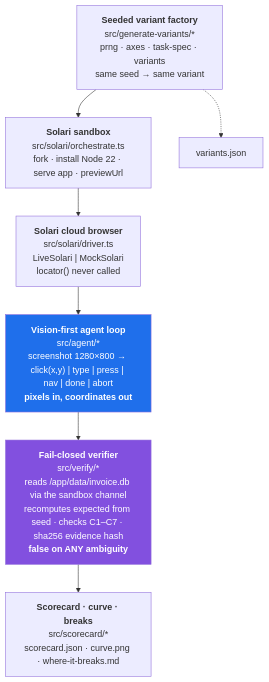
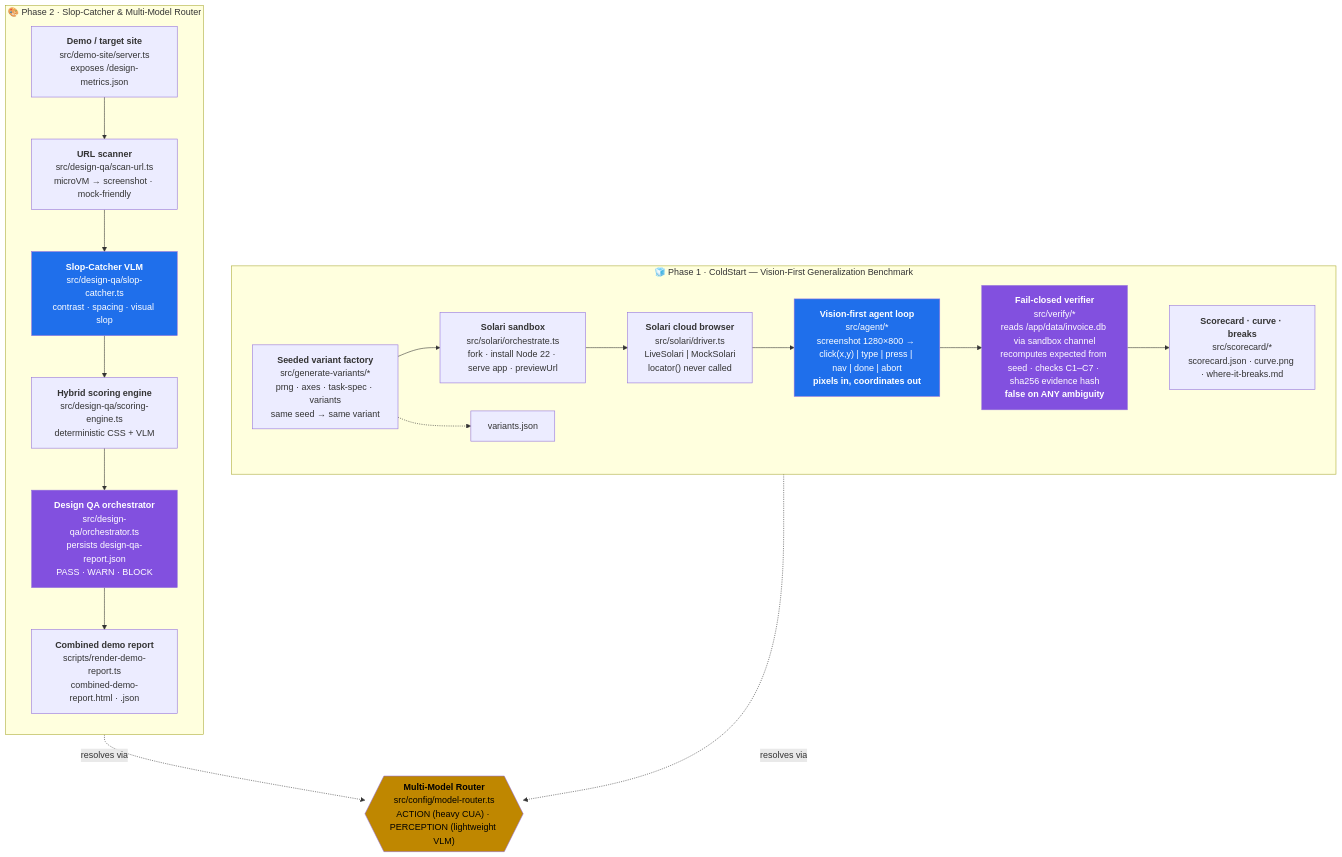
One commit to itw-code/solari-cookbook changed the diagram in README.md. Above: the diagram before and after it, drawn with Mermaid. The commit also changed other lines of this file and 2 other files, not shown here.

First paragraph of the commit message:
docs(readme): expand architecture diagram to cover Phase 2 Slop-Catcher & Multi-Model Router
The old diagram only showed the Phase 1 ColdStart pipeline
(A → B → C → D → E → F). The codebase has since grown a Phase 2
track (Slop-Catcher & Multi-Model Router) that wasn't represented
at all.

````diff
--- a/README.md
+++ b/README.md
@@ -314,16 +314,37 @@
 ```mermaid
-flowchart TD
-    A["<b>Seeded variant factory</b><br/>src/generate-variants/*<br/>prng · axes · task-spec · variants<br/>same seed → same variant"]
-    B["<b>Solari sandbox</b><br/>src/solari/orchestrate.ts<br/>fork · install Node 22 · serve app · previewUrl"]
-    C["<b>Solari cloud browser</b><br/>src/solari/driver.ts<br/>LiveSolari | MockSolari<br/>locator() never called"]
-    D["<b>Vision-first agent loop</b><br/>src/agent/*<br/>screenshot 1280×800 → click(x,y) | type | press | nav | done | abort<br/><b>pixels in, coordinates out</b>"]
-    E["<b>Fail-closed verifier</b><br/>src/verify/*<br/>reads /app/data/invoice.db via the sandbox channel<br/>recomputes expected from seed · checks C1–C7 · sha256 evidence hash<br/><b>false on ANY ambiguity</b>"]
-    F["<b>Scorecard · curve · breaks</b><br/>src/scorecard/*<br/>scorecard.json · curve.png · where-it-breaks.md"]
-    V["variants.json"]
+flowchart TB
+    subgraph Phase1["🧊 Phase 1 · ColdStart — Vision-First Generalization Benchmark"]
+        direction LR
+        A["<b>Seeded variant factory</b><br/>src/generate-variants/*<br/>prng · axes · task-spec · variants<br/>same seed → same variant"]
+        B["<b>Solari sandbox</b><br/>src/solari/orchestrate.ts<br/>fork · install Node 22 · serve app · previewUrl"]
+        C["<b>Solari cloud browser</b><br/>src/solari/driver.ts<br/>LiveSolari | MockSolari<br/>locator() never called"]
+        D["<b>Vision-first agent loop</b><br/>src/agent/*<br/>screenshot 1280×800 → click(x,y) | type | press | nav | done | abort<br/><b>pixels in, coordinates out</b>"]
+        E["<b>Fail-closed verifier</b><br/>src/verify/*<br/>reads /app/data/invoice.db via sandbox channel<br/>recomputes expected from seed · checks C1–C7 · sha256 evidence hash<br/><b>false on ANY ambiguity</b>"]
+        F["<b>Scorecard · curve · breaks</b><br/>src/scorecard/*<br/>scorecard.json · curve.png · where-it-breaks.md"]
+        V["variants.json"]
+        A --> B --> C --> D --> E --> F
+        A -.-> V
+    end
 
-    A --> B --> C --> D --> E --> F
-    A -.-> V
+    subgraph Phase2["🎨 Phase 2 · Slop-Catcher & Multi-Model Router"]
+        direction TB
+        S0["<b>Demo / target site</b><br/>src/demo-site/server.ts<br/>exposes /design-metrics.json"]
+        S1["<b>URL scanner</b><br/>src/design-qa/scan-url.ts<br/>microVM → screenshot · mock-friendly"]
+        S2["<b>Slop-Catcher VLM</b><br/>src/design-qa/slop-catcher.ts<br/>contrast · spacing · visual slop"]
+        S3["<b>Hybrid scoring engine</b><br/>src/design-qa/scoring-engine.ts<br/>deterministic CSS + VLM"]
+        S4["<b>Design QA orchestrator</b><br/>src/design-qa/orchestrator.ts<br/>persists design-qa-report.json<br/>PASS · WARN · BLOCK"]
+        S5["<b>Combined demo report</b><br/>scripts/render-demo-report.ts<br/>combined-demo-report.html · .json"]
+        S0 --> S1 --> S2 --> S3 --> S4 --> S5
+    end
+
+    R{{"<b>Multi-Model Router</b><br/>src/config/model-router.ts<br/>ACTION (heavy CUA) · PERCEPTION (lightweight VLM)"}}
+
+    D -.->|"resolves via"| R
+    S2 -.->|"resolves via"| R
 
     style D fill:#1f6feb,color:#ffffff
     style E fill:#8250df,color:#ffffff
+    style S2 fill:#1f6feb,color:#ffffff
+    style S4 fill:#8250df,color:#ffffff
+    style R fill:#bf8700,color:#000000
 ```
````
